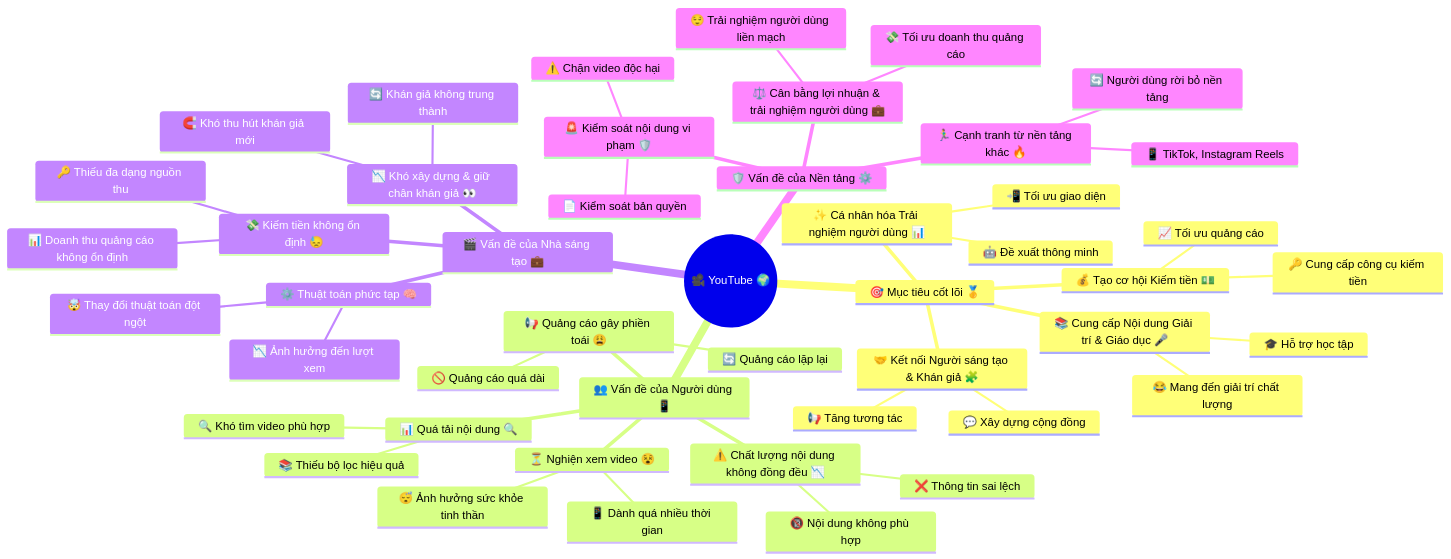
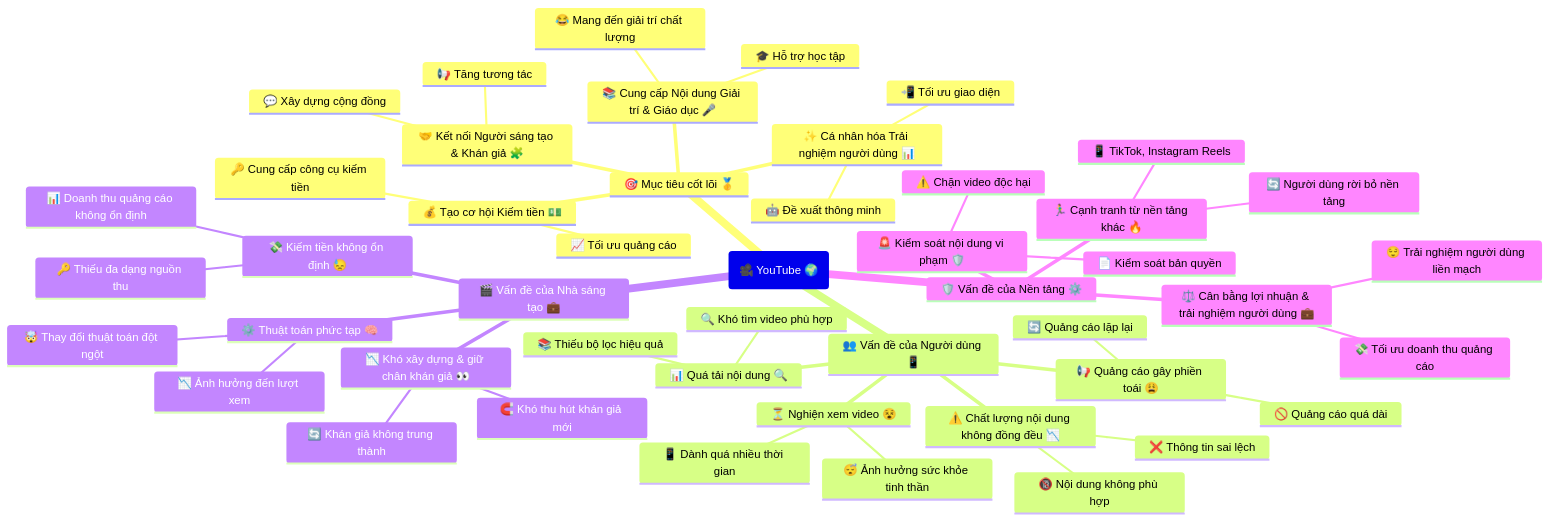
Before and after one commit to qtvhao/quickcurl: the diagram in docs/designsprintkit/03a-YouTube/sprint-01/01-Understand.mmd, drawn with Mermaid. The commit also changed 22 other files, not shown here.

Commit message:
Enhance problem framing documentation with improved examples and add root cause analysis flowcharts

```diff
--- a/docs/designsprintkit/03a-YouTube/sprint-01/01-Understand.mmd
+++ b/docs/designsprintkit/03a-YouTube/sprint-01/01-Understand.mmd
@@ -1,55 +1,55 @@
 mindmap
-  root((🎥 YouTube 🌍))
+  root(🎥 YouTube 🌍)
     %% Mục tiêu cốt lõi
     🎯 Mục tiêu cốt lõi 🥇
       🤝 Kết nối Người sáng tạo & Khán giả 🧩
         📢 Tăng tương tác
         💬 Xây dựng cộng đồng
       📚 Cung cấp Nội dung Giải trí & Giáo dục 🎤
         🎓 Hỗ trợ học tập
         😂 Mang đến giải trí chất lượng
       💰 Tạo cơ hội Kiếm tiền 💵
         📈 Tối ưu quảng cáo
         🔑 Cung cấp công cụ kiếm tiền
       ✨ Cá nhân hóa Trải nghiệm người dùng 📊
         🤖 Đề xuất thông minh
         📲 Tối ưu giao diện
 
     %% Vấn đề người dùng
     👥 Vấn đề của Người dùng 📱
       📊 Quá tải nội dung 🔍
         🔍 Khó tìm video phù hợp
         📚 Thiếu bộ lọc hiệu quả
       ⚠️ Chất lượng nội dung không đồng đều 📉
         ❌ Thông tin sai lệch
         🔞 Nội dung không phù hợp
       📢 Quảng cáo gây phiền toái 😩
         🚫 Quảng cáo quá dài
         🔄 Quảng cáo lặp lại
       ⏳ Nghiện xem video 😵
         📱 Dành quá nhiều thời gian
         😴 Ảnh hưởng sức khỏe tinh thần
 
     %% Vấn đề nhà sáng tạo
     🎬 Vấn đề của Nhà sáng tạo 💼
       📉 Khó xây dựng & giữ chân khán giả 👀
         🧲 Khó thu hút khán giả mới
         🔄 Khán giả không trung thành
       💸 Kiếm tiền không ổn định 😓
         📊 Doanh thu quảng cáo không ổn định
         🔑 Thiếu đa dạng nguồn thu
       ⚙️ Thuật toán phức tạp 🧠
         🤯 Thay đổi thuật toán đột ngột
         📉 Ảnh hưởng đến lượt xem
 
     %% Vấn đề của nền tảng
     🛡️ Vấn đề của Nền tảng ⚙️
       🚨 Kiểm soát nội dung vi phạm 🛡️
         ⚠️ Chặn video độc hại
         📄 Kiểm soát bản quyền
       🏃‍♂️ Cạnh tranh từ nền tảng khác 🔥
         📱 TikTok, Instagram Reels
         🔄 Người dùng rời bỏ nền tảng
       ⚖️ Cân bằng lợi nhuận & trải nghiệm người dùng 💼
         💸 Tối ưu doanh thu quảng cáo
         😌 Trải nghiệm người dùng liền mạch
```
